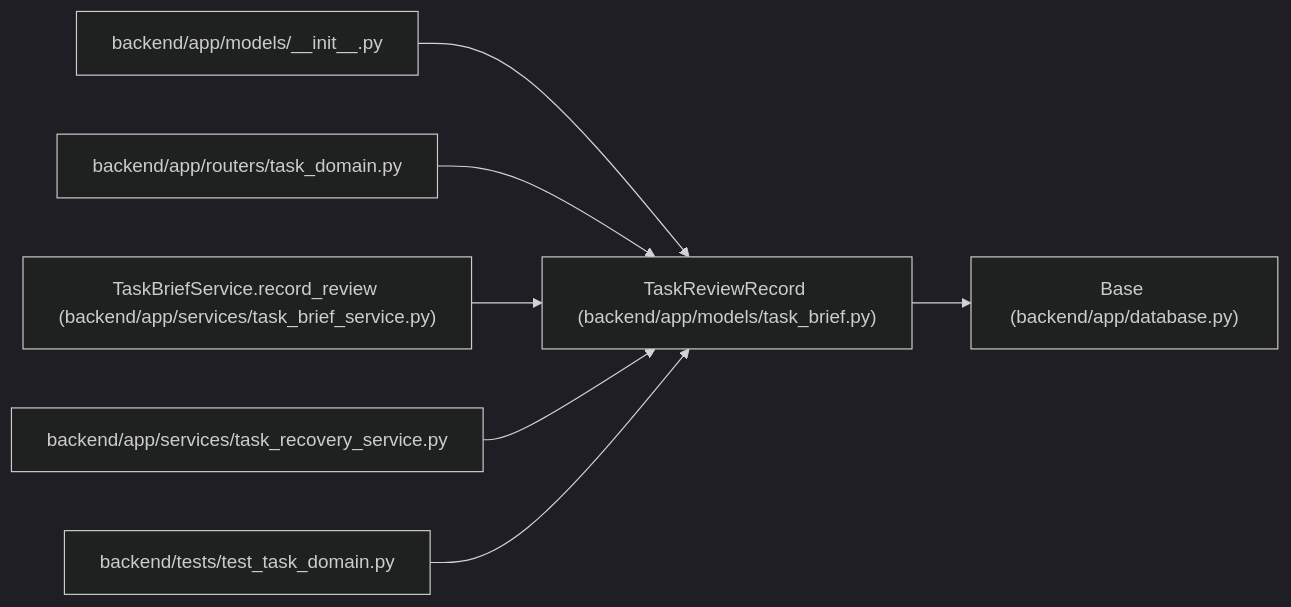
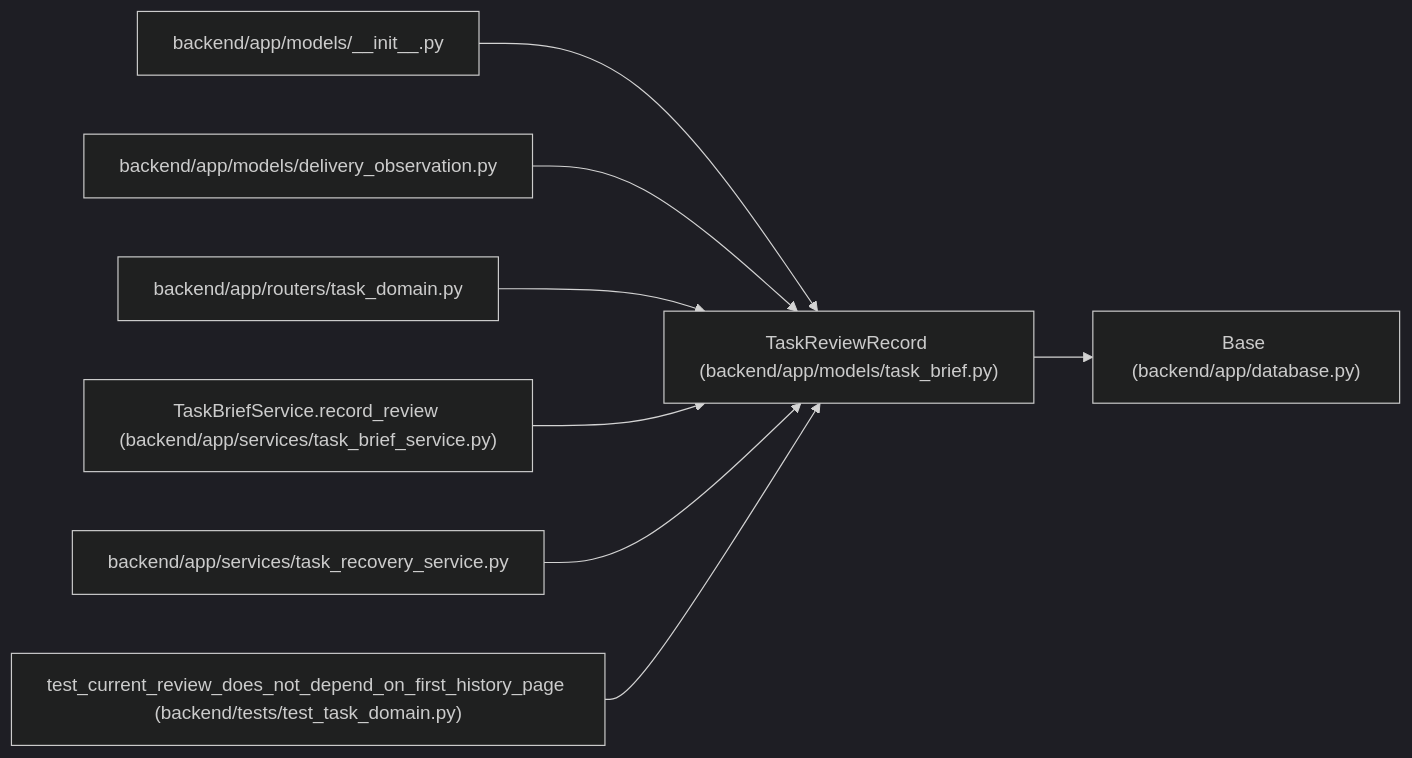
The diagram in docs/llm_wiki/entities/TaskReviewRecord.md (Denissvgn/WorkChord), drawn with Mermaid (dark theme) before and after one commit. The commit also changed other lines of this file and 6624 other files, not shown here.

````diff
--- a/docs/llm_wiki/entities/TaskReviewRecord.md
+++ b/docs/llm_wiki/entities/TaskReviewRecord.md
@@ -37,23 +37,26 @@
 ```mermaid
 flowchart LR
     n0["TaskReviewRecord (backend/app/models/task_brief.py)"]
     n1["Base (backend/app/database.py)"]
     n2["backend/app/models/__init__.py"]
-    n3["backend/app/routers/task_domain.py"]
-    n4["TaskBriefService.record_review (backend/app/services/task_brief_service.py)"]
-    n5["backend/app/services/task_recovery_service.py"]
-    n6["backend/tests/test_task_domain.py"]
+    n3["backend/app/models/delivery_observation.py"]
+    n4["backend/app/routers/task_domain.py"]
+    n5["TaskBriefService.record_review (backend/app/services/task_brief_service.py)"]
+    n6["backend/app/services/task_recovery_service.py"]
+    n7["test_current_review_does_not_depend_on_first_history_page (backend/tests/test_task_domain.py)"]
     n0 --> n1
     n2 --> n0
     n3 --> n0
     n4 --> n0
     n5 --> n0
     n6 --> n0
+    n7 --> n0
     click n0 "../modules/models_task_brief.md"
     click n1 "../modules/app_database.md"
     click n2 "../modules/models___init__.md"
-    click n3 "../modules/routers_task_domain.md"
-    click n4 "../modules/task_brief_service.md"
-    click n5 "../modules/task_recovery_service.md"
-    click n6 "../modules/test_task_domain.md"
+    click n3 "../modules/delivery_observation.md"
+    click n4 "../modules/routers_task_domain.md"
+    click n5 "../modules/task_brief_service.md"
+    click n6 "../modules/task_recovery_service.md"
+    click n7 "../modules/test_task_domain.md"
 ```
````
